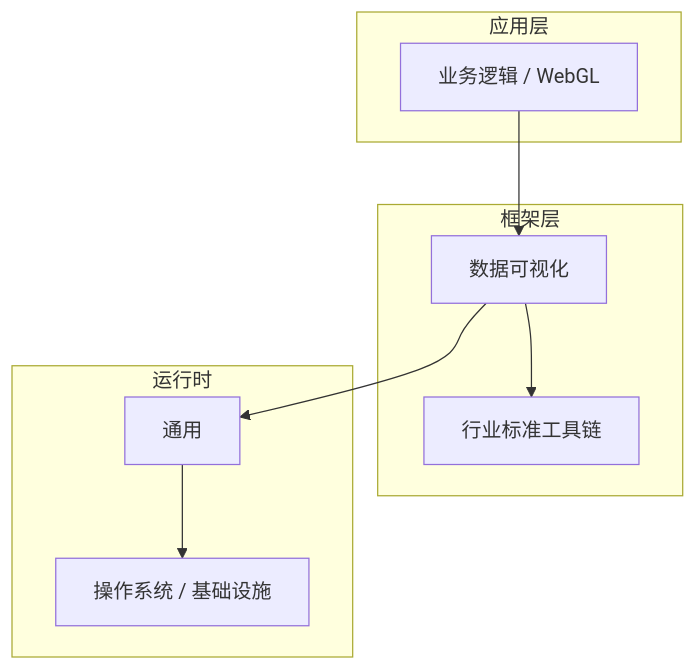
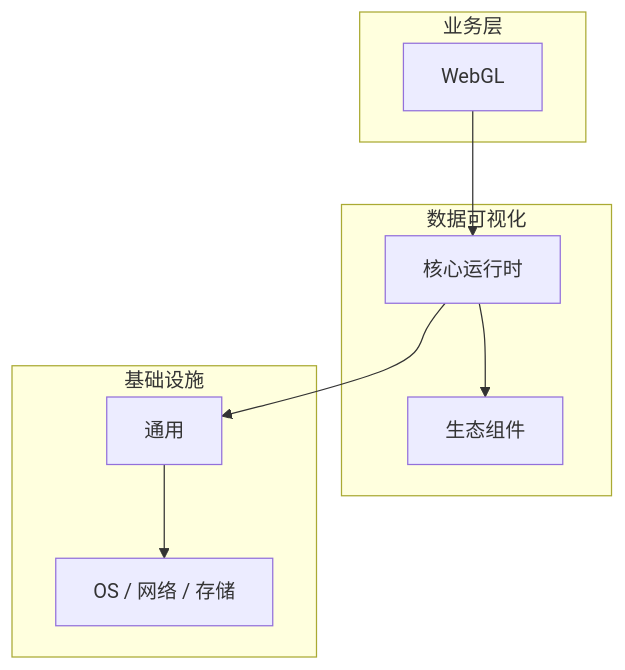
One commit to yanggan2015/knowledge-json-v2 changed the diagram in articles/数据可视化/chapters/045-WebGL核心概念与原理.md. Above: the diagram before and after it, drawn with Mermaid. The commit also changed other lines of this file and 10127 other files, not shown here.

````diff
--- a/articles/数据可视化/chapters/045-WebGL核心概念与原理.md
+++ b/articles/数据可视化/chapters/045-WebGL核心概念与原理.md
@@ -45,18 +34,18 @@
 ```mermaid
 graph TB
-    subgraph 应用层
-        A[业务逻辑 / WebGL]
+    subgraph 业务层
+        A[WebGL]
     end
-    subgraph 框架层
-        B[数据可视化]
-        C[行业标准工具链]
+    subgraph 数据可视化
+        B[核心运行时]
+        C[生态组件]
     end
-    subgraph 运行时
+    subgraph 基础设施
         D[通用]
-        E[操作系统 / 基础设施]
+        E[OS / 网络 / 存储]
     end
     A --> B
     B --> C
     B --> D
     D --> E
 ```
````
